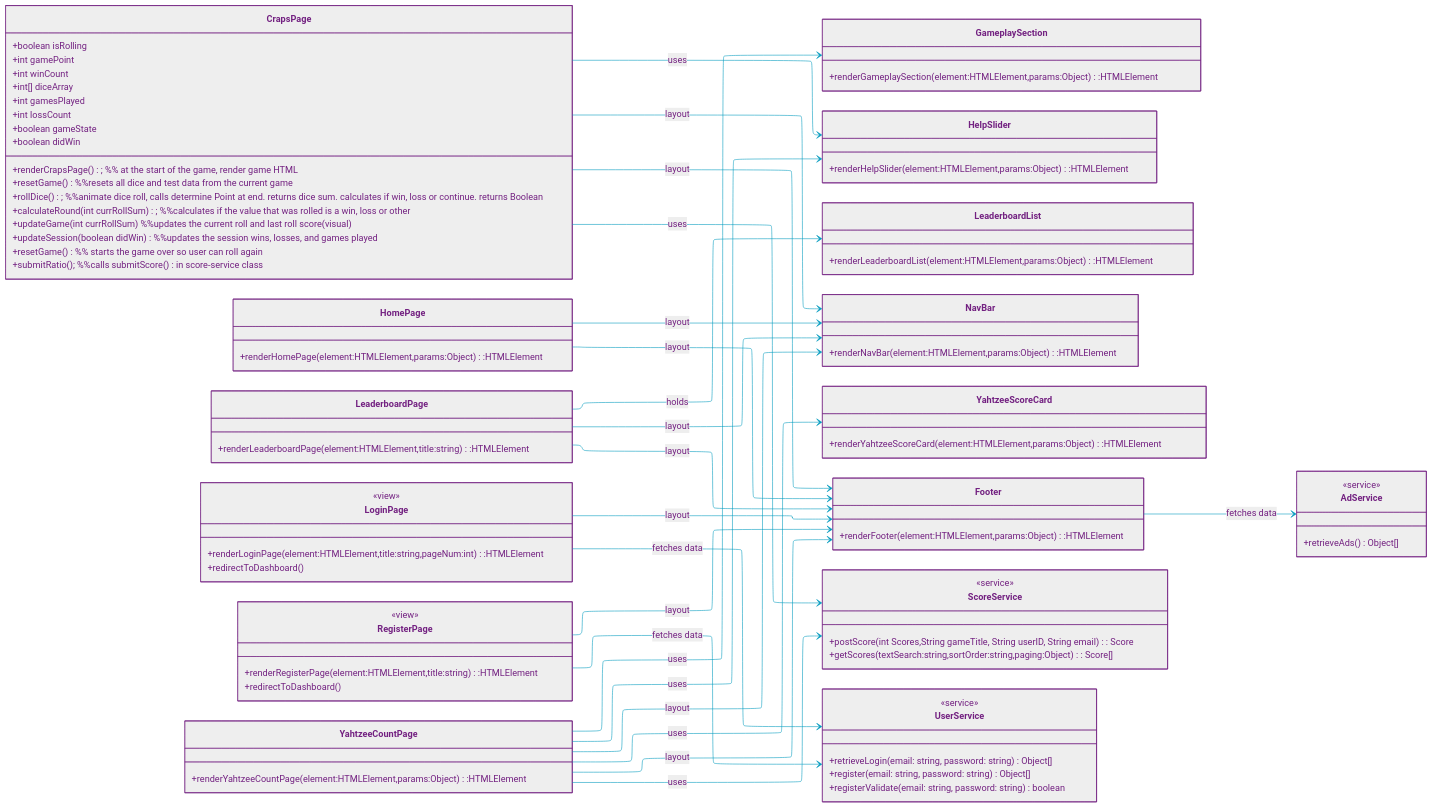
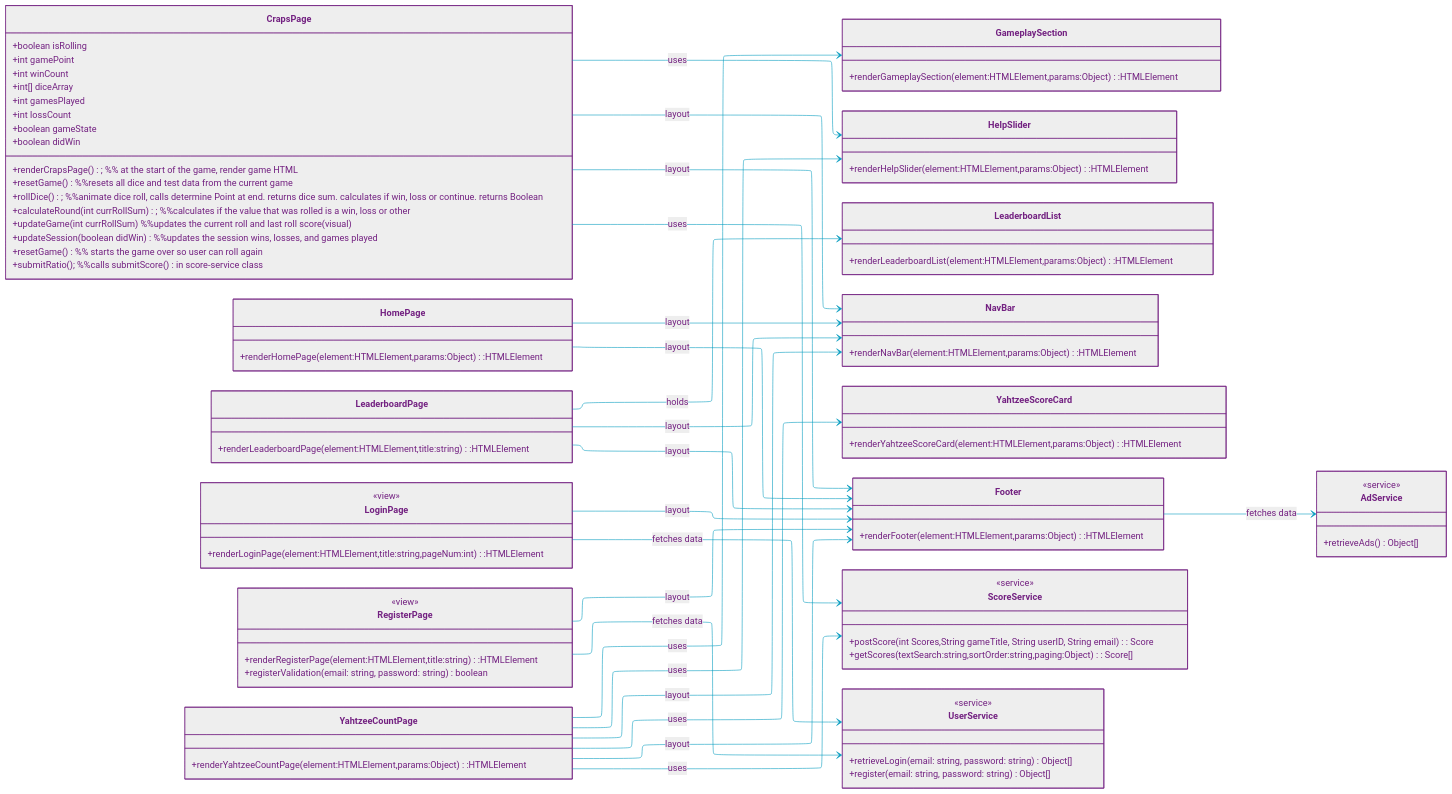
Before and after one commit to null-0ne/COSA-195-Gamehub: the diagram in uml/icd.md, drawn with Mermaid. The commit also changed 3 other files, not shown here.

Commit message:
Updated icd, login-page, and login-page tests to function better

````diff
--- a/uml/icd.md
+++ b/uml/icd.md
@@ -44,7 +44,6 @@
         <<service>>
         +retrieveLogin(email: string, password: string) Object[]
         +register(email: string, password: string) Object[]
-        +registerValidate(email: string, password: string) boolean
     }
 
     class AdService{
@@ -92,13 +91,12 @@
     class LoginPage {
     <<view>>
         +renderLoginPage(element:HTMLElement,title:string,pageNum:int):HTMLElement
-        +redirectToDashboard()
     }
 
     class RegisterPage {
     <<view>>
         +renderRegisterPage(element:HTMLElement,title:string):HTMLElement
-        +redirectToDashboard()
+        +registerValidation(email: string, password: string) boolean
     }
 
     class YahtzeeCountPage {
@@ -106,7 +104,6 @@
     }
 
 
-    
      %% Relationships
     HomePage --> Footer : layout
     YahtzeeCountPage --> Footer : layout
@@ -134,21 +131,5 @@
     RegisterPage --> UserService : fetches data
 
     Footer --> AdService : fetches data
-    %% scoreService<-- YahtzeeCountPage : uses
-    %% YahtzeeCountPage <-- yahtzee-scorecard : uses
-    %% YahtzeeCountPage <-- gameplay-section : uses
-    %% LoginPage --> UserService : fetches data
-    %% RegisterPage --> UserService : fetches data
-    
-    %% YahtzeeCountPage --> HelpSlider: uses
-    %% CrapsPage --> HelpSlider: uses
-    %% CrapsPage --> score-service : sends score data
-    %% LeaderboardPage --> GameCard : holds
-    %% LeaderboardPage --> NavBar : has
-    %% LeaderboardPage --> Footer : has
-
-    
-
-
 %%----------------------- MERMAID MARKUP ABOVE --------------------%%
 ```
````
